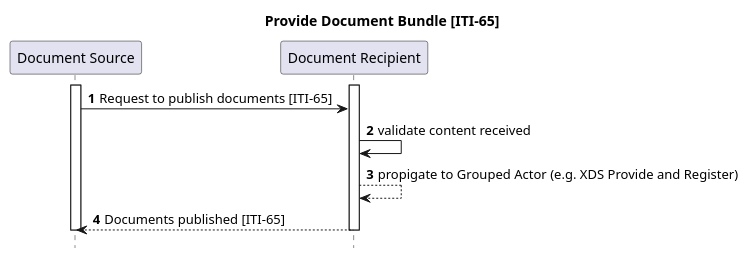
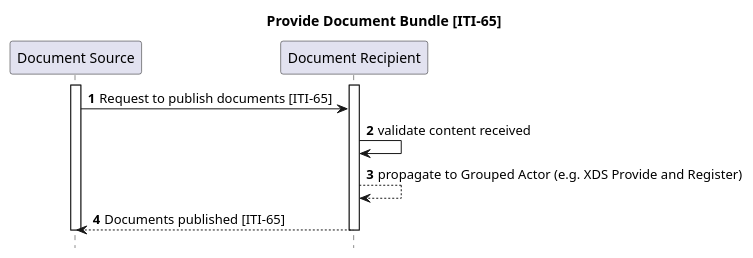
One commit to IHE/ITI.MHD changed the diagram in input/images-source/ITI-65-seq.plantuml. Above: the diagram before and after it, drawn with PlantUML. The commit also changed 1 other file, not shown here.

Commit message:
propagate instead of propigate

```diff
--- a/input/images-source/ITI-65-seq.plantuml
+++ b/input/images-source/ITI-65-seq.plantuml
@@ -1,15 +1,15 @@
 @startuml
 title Provide Document Bundle [ITI-65]
 hide footbox
 participant "Document Source" as DocumentSource
 participant "Document Recipient" as DocumentRecipient
 autonumber
 activate DocumentSource
 activate DocumentRecipient
 DocumentSource -> DocumentRecipient : Request to publish documents [ITI-65]
 DocumentRecipient -> DocumentRecipient : validate content received
-DocumentRecipient --> DocumentRecipient : propigate to Grouped Actor (e.g. XDS Provide and Register)
+DocumentRecipient --> DocumentRecipient : propagate to Grouped Actor (e.g. XDS Provide and Register)
 DocumentRecipient --> DocumentSource : Documents published [ITI-65]
 deactivate DocumentSource
 deactivate DocumentRecipient
 @enduml
```
